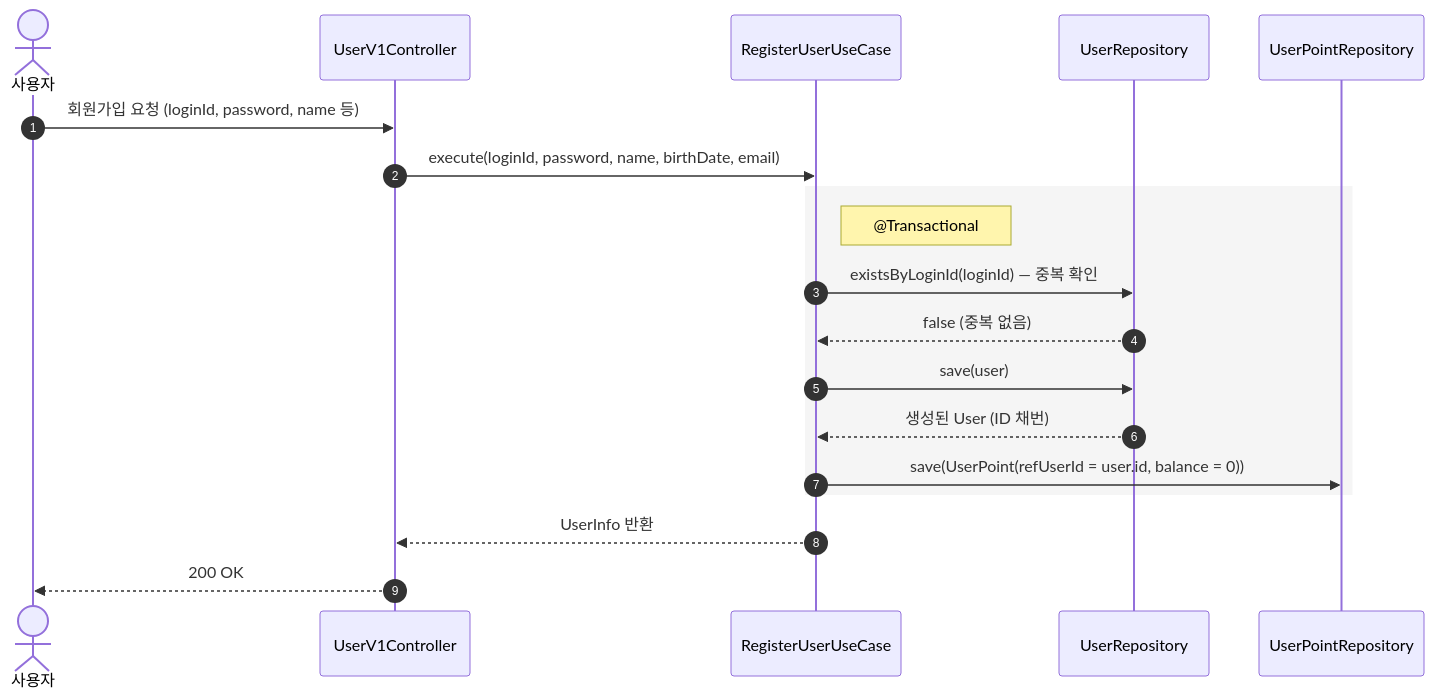
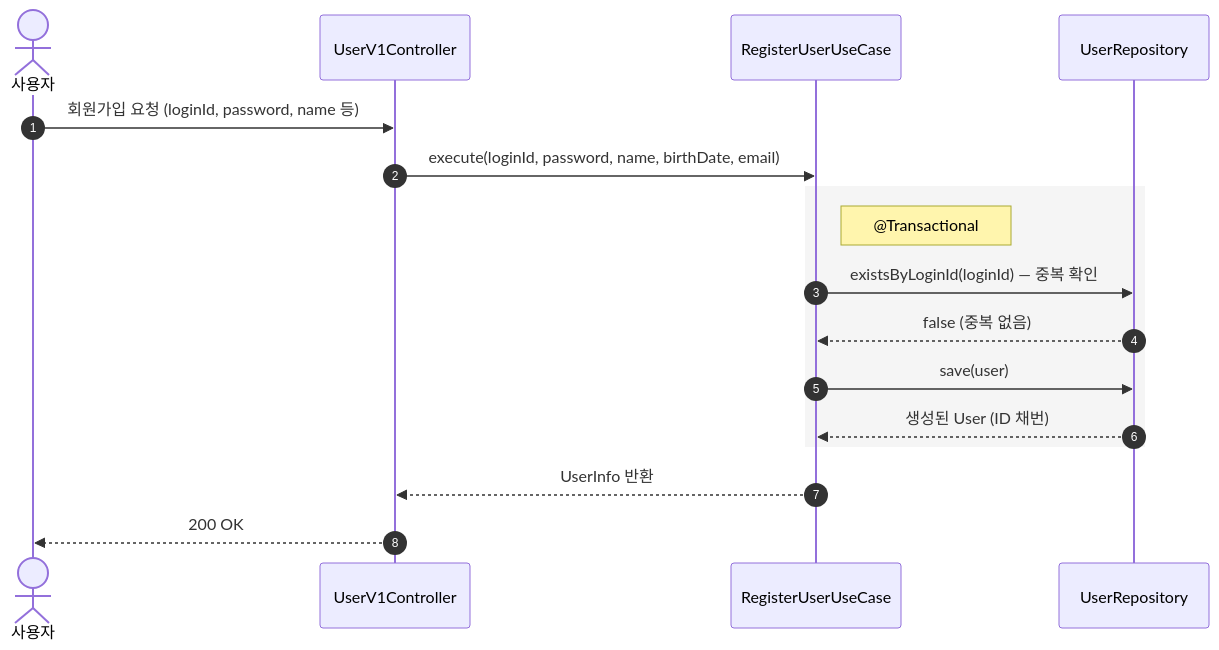
Diagram 24 of 24 in docs/design/02-sequence-diagrams.md (Loopers-dev-lab/loop-pack-be-l2-vol3-kotlin), drawn with Mermaid before and after one commit. The commit also changed other lines of this file and 9 other files, not shown here.

````diff
--- a/docs/design/02-sequence-diagrams.md
+++ b/docs/design/02-sequence-diagrams.md
@@ -798,23 +716,21 @@
 ```mermaid
 sequenceDiagram
     autonumber
     actor User as 사용자
     participant C as UserV1Controller
     participant UC as RegisterUserUseCase
     participant UR as UserRepository
-    participant UPR as UserPointRepository
     User ->> C: 회원가입 요청 (loginId, password, name 등)
     C ->> UC: execute(loginId, password, name, birthDate, email)
 
     rect rgb(245, 245, 245)
         Note right of UC: @Transactional
         UC ->> UR: existsByLoginId(loginId) — 중복 확인
         UR -->> UC: false (중복 없음)
         UC ->> UR: save(user)
         UR -->> UC: 생성된 User (ID 채번)
-        UC ->> UPR: save(UserPoint(refUserId = user.id, balance = 0))
     end
 
     UC -->> C: UserInfo 반환
     C -->> User: 200 OK
 ```
````
